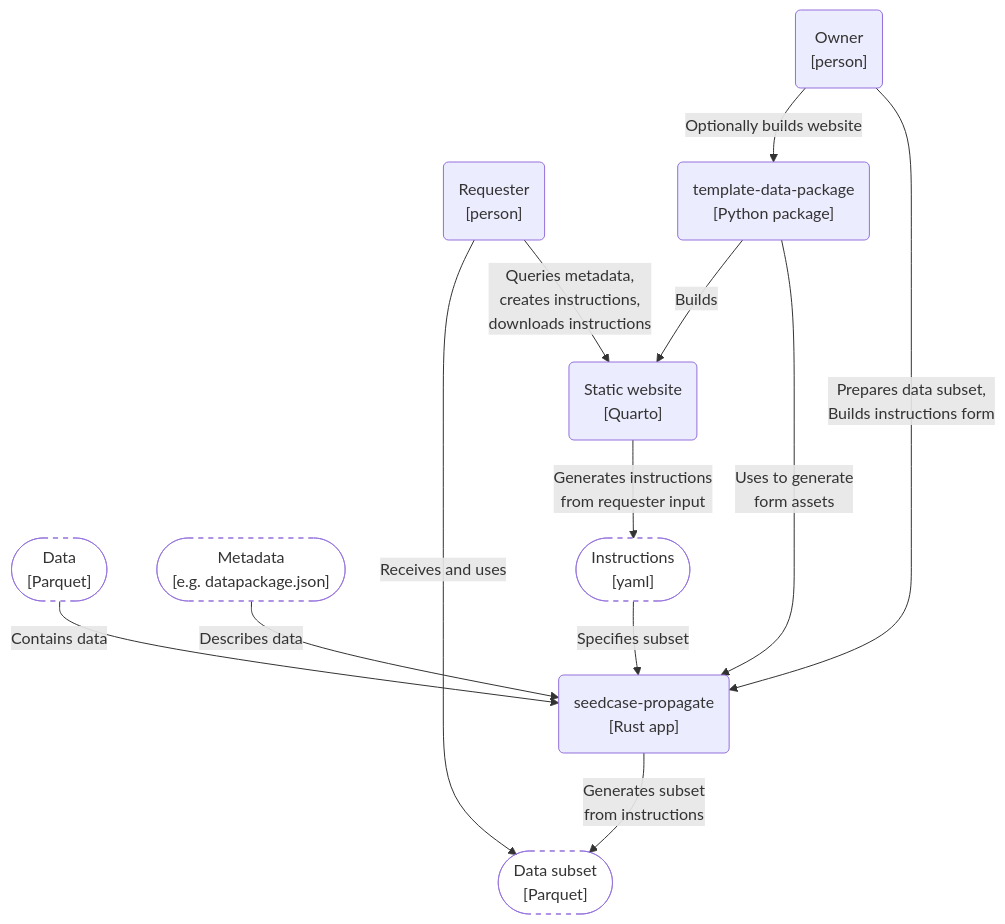
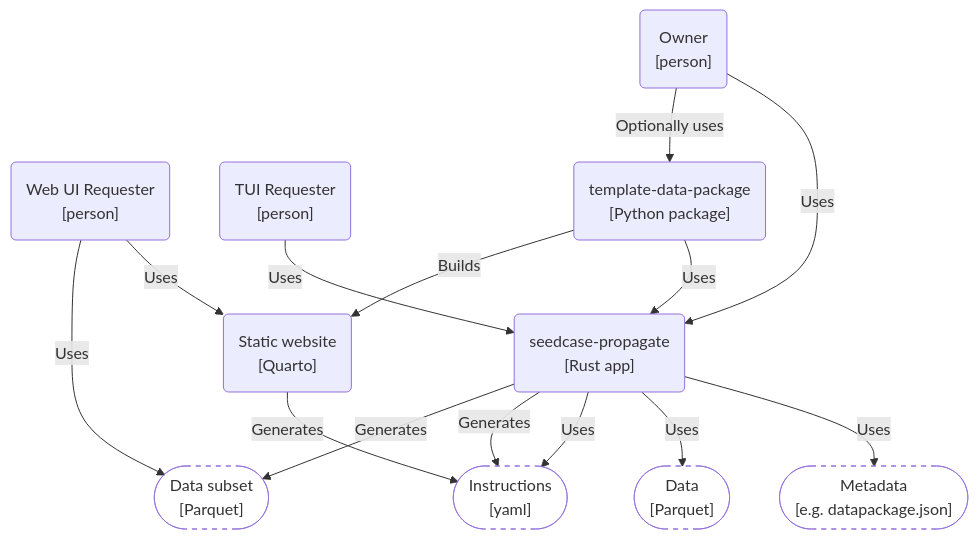
Before and after one commit to seedcase-project/seedcase-propagate: the first of 2 diagrams in docs/design/architecture.qmd, drawn with Mermaid. The commit also changed other lines of this file, not shown here.

Commit message:
docs: 📝 add TUI

````diff
--- a/docs/design/architecture.qmd
+++ b/docs/design/architecture.qmd
@@ -67,38 +71,41 @@
 ```{mermaid}
 %%| label: fig-c4-context
 %%| fig-cap: "C4 system context diagram showing the users and external systems Propagate interacts with."
 
 flowchart TD
 
-    user_requester("Requester<br>[person]")
+    user_requester_web("Web UI Requester<br>[person]")
+    user_requester_tui("TUI Requester<br>[person]")
     user_owner("Owner<br>[person]")
 
     data(["Data<br>[Parquet]"])
     metadata(["Metadata<br>[e.g. datapackage.json]"])
     instructions(["Instructions<br>[yaml]"])
 
     propagate("seedcase-propagate<br>[Rust app]")
     template_dp("template-data-package<br>[Python package]")
     website("Static website<br>[Quarto]")
 
     subset(["Data subset<br>[Parquet]"])
 
-    metadata --"Describes data"--> propagate
-    data --"Contains data"--> propagate
-    instructions --"Specifies subset"--> propagate
+    propagate --"Uses"--> metadata
+    propagate --"Uses"--> data
+    propagate --"Uses"--> instructions
 
-    user_owner --"Prepares data subset,<br>Builds instructions form"--> propagate
-    user_owner --"Optionally builds website"--> template_dp
-    user_requester --"Queries metadata,<br>creates instructions,<br>downloads instructions"--> website
-    template_dp --"Uses to generate<br>form assets"--> propagate
+    user_owner --"Uses"--> propagate
+    user_owner --"Optionally uses"--> template_dp
+    user_requester_web --"Uses"--> website
+    user_requester_tui --"Uses"--> propagate
+    template_dp --"Uses"--> propagate
 
     template_dp --"Builds"--> website
-    website --"Generates instructions<br>from requester input"--> instructions
-    propagate --"Generates subset<br>from instructions"--> subset
+    website --"Generates"--> instructions
+    propagate --"Generates"--> instructions
+    propagate --"Generates"--> subset
 
-    user_requester --"Receives and uses"--> subset
+    user_requester_web --"Uses"--> subset
 
     %% Styling
     classDef artifact fill:transparent, stroke-dasharray: 5 5
     class metadata,data,instructions,subset artifact
 ```
````
